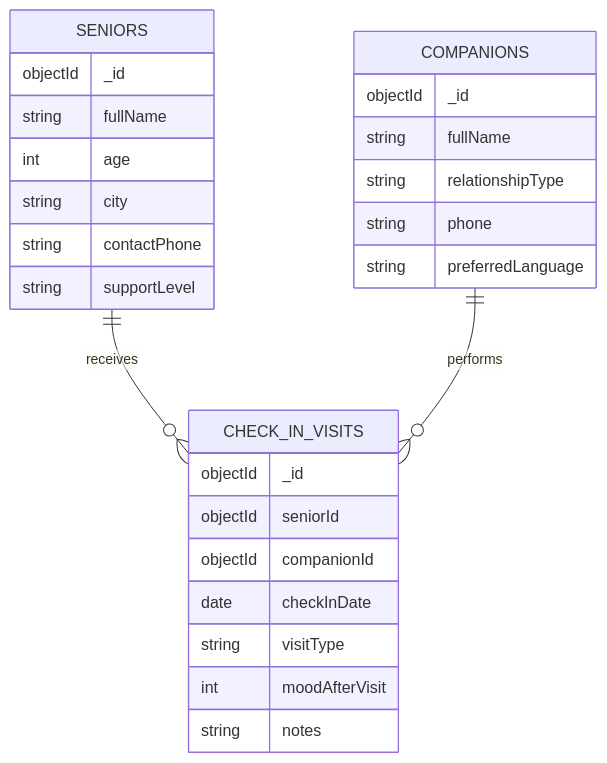
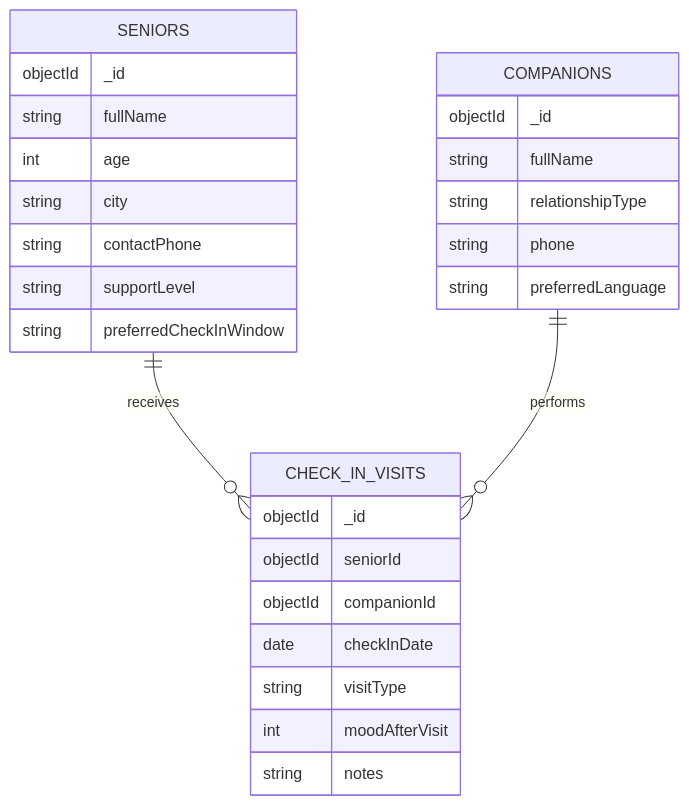
Before and after one commit to AMIN-MUNLA/AMIN-MUNLA: the diagram in docs/erd.md, drawn with Mermaid. The commit also changed other lines of this file and 3 other files, not shown here.

````diff
--- a/docs/erd.md
+++ b/docs/erd.md
@@ -3,29 +3,30 @@
 ```mermaid
 erDiagram
     SENIORS ||--o{ CHECK_IN_VISITS : receives
     COMPANIONS ||--o{ CHECK_IN_VISITS : performs
     SENIORS {
       objectId _id
       string fullName
       int age
       string city
       string contactPhone
       string supportLevel
+      string preferredCheckInWindow
     }
     COMPANIONS {
       objectId _id
       string fullName
       string relationshipType
       string phone
       string preferredLanguage
     }
     CHECK_IN_VISITS {
       objectId _id
       objectId seniorId
       objectId companionId
       date checkInDate
       string visitType
       int moodAfterVisit
       string notes
     }
 ```
````
